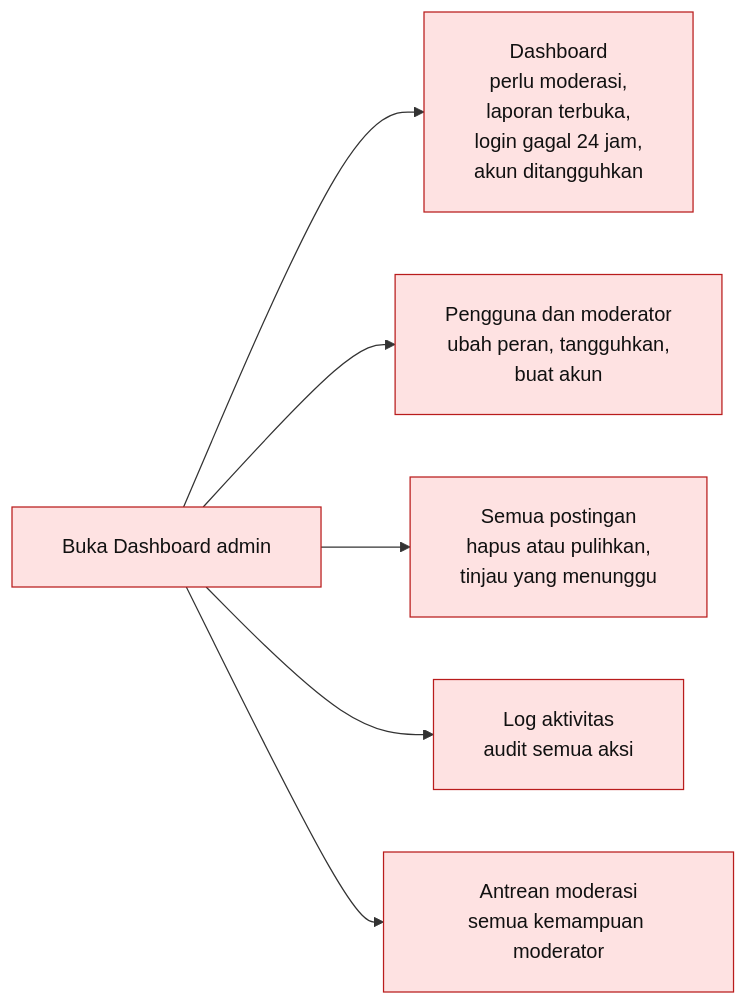
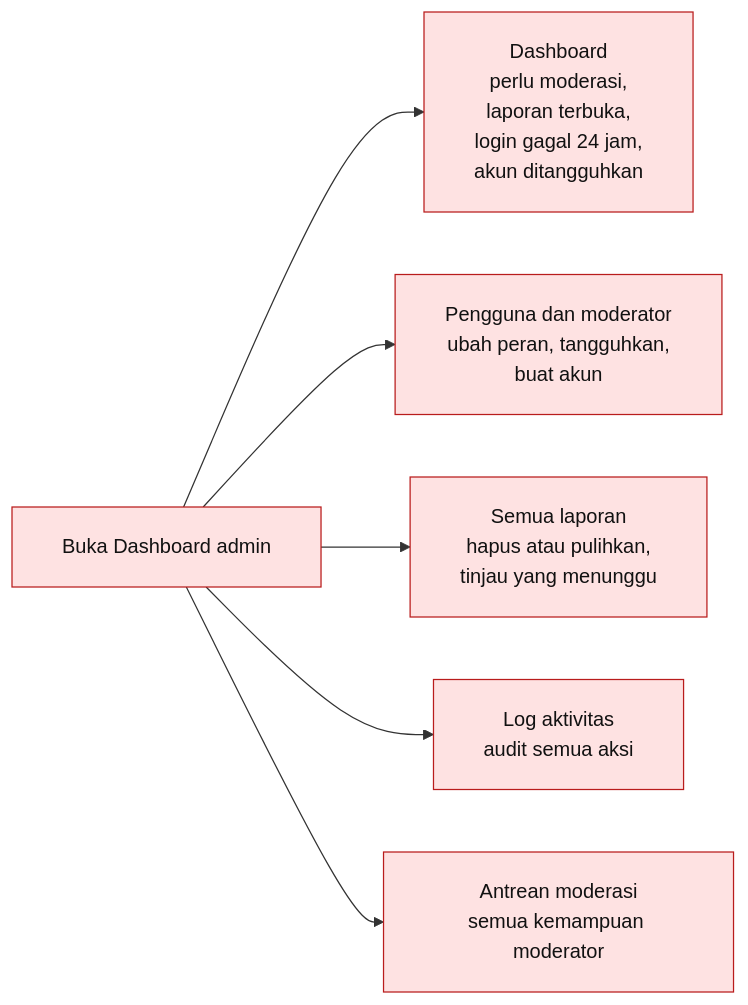
Before and after one commit to ZaidAlHibb/ITIHIX: diagram 11 of 12 in README.md, drawn with Mermaid. The commit also changed other lines of this file, not shown here.

````diff
--- a/README.md
+++ b/README.md
@@ -410,11 +436,11 @@
 ```mermaid
 %%{init: {"flowchart": {"htmlLabels": false, "padding": 20}, "themeVariables": {"fontFamily": "Arial, Helvetica, sans-serif"}}}%%
 flowchart LR
     A[Buka Dashboard admin] --> B[Dashboard<br/>perlu moderasi,<br/>laporan terbuka,<br/>login gagal 24 jam,<br/>akun ditangguhkan]
     A --> C[Pengguna dan moderator<br/>ubah peran, tangguhkan,<br/>buat akun]
-    A --> D[Semua postingan<br/>hapus atau pulihkan,<br/>tinjau yang menunggu]
+    A --> D[Semua laporan<br/>hapus atau pulihkan,<br/>tinjau yang menunggu]
     A --> E[Log aktivitas<br/>audit semua aksi]
     A --> F[Antrean moderasi<br/>semua kemampuan moderator]
     classDef adm fill:#fee2e2,stroke:#b91c1c,color:#111111
     class A,B,C,D,E,F adm
 ```
````
